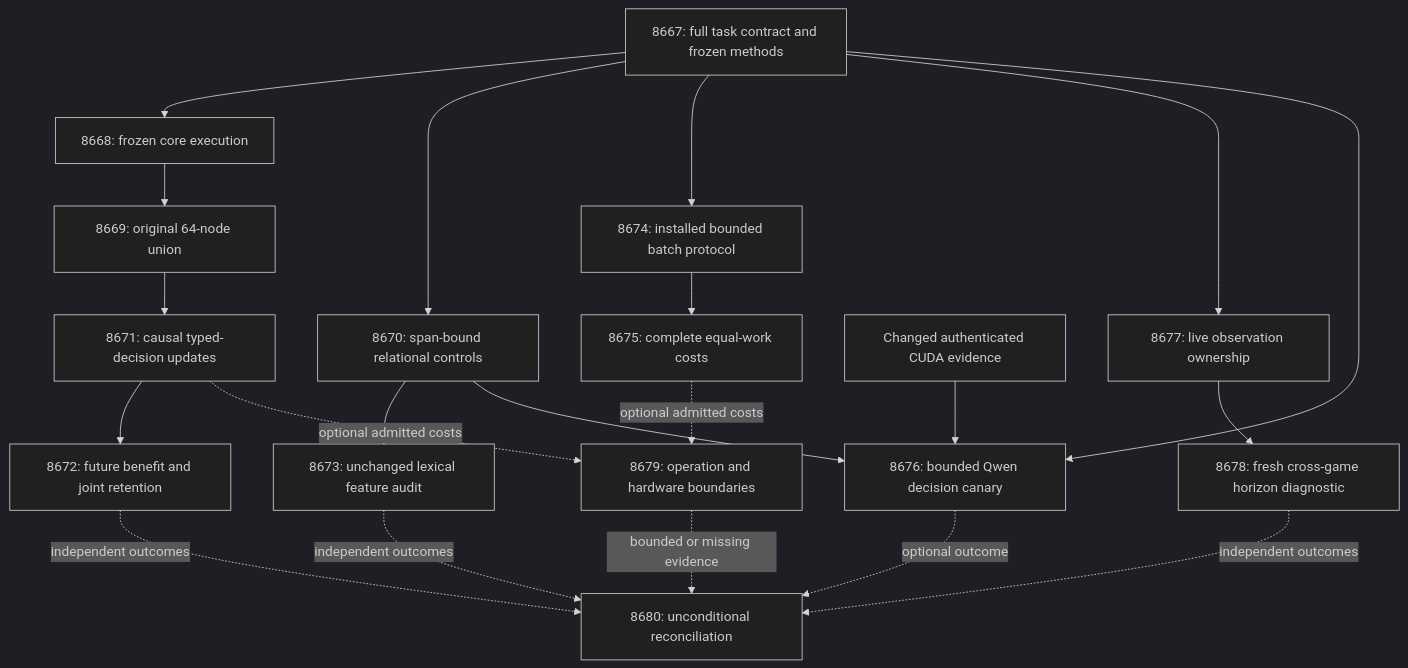
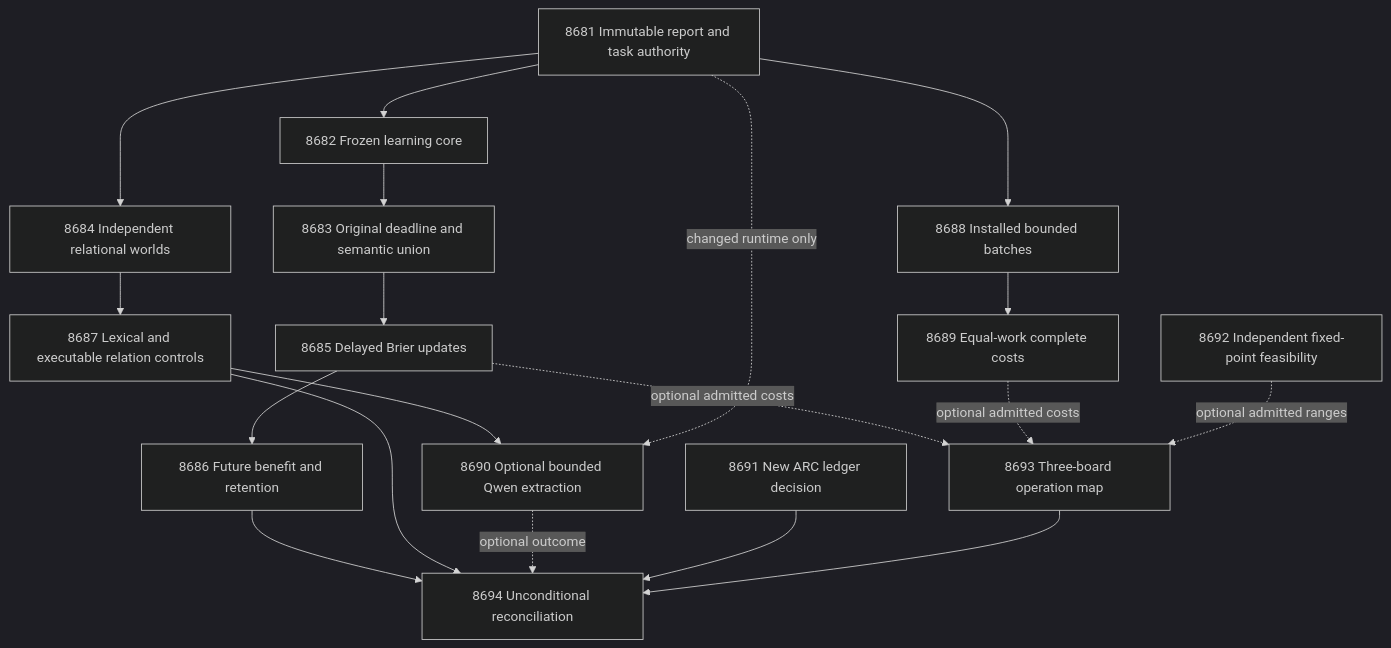
Before and after one commit to Carnot-EBM/carnot-ebm: the diagram in openspec/change-proposals/research-roadmap-vNEXT.md, drawn with Mermaid (dark theme). The commit also changed other lines of this file and 18 other files, not shown here.

````diff
--- a/openspec/change-proposals/research-roadmap-vNEXT.md
+++ b/openspec/change-proposals/research-roadmap-vNEXT.md
@@ -60,32 +84,29 @@
 ```mermaid
 flowchart TD
-    Contract[8667: full task contract and frozen methods]
-    Core[8668: frozen core execution]
-    Union[8669: original 64-node union]
-    Stream[8671: causal typed-decision updates]
-    Audit[8672: future benefit and joint retention]
-    Corpus[8670: span-bound relational controls]
-    Features[8673: unchanged lexical feature audit]
-    Batch[8674: installed bounded batch protocol]
-    Cost[8675: complete equal-work costs]
-    Runtime[Changed authenticated CUDA evidence]
-    Canary[8676: bounded Qwen decision canary]
-    Owner[8677: live observation ownership]
-    ARC[8678: fresh cross-game horizon diagnostic]
-    HW[8679: operation and hardware boundaries]
-    Close[8680: unconditional reconciliation]
-    Contract --> Core --> Union --> Stream --> Audit
-    Contract --> Corpus --> Features
-    Contract --> Batch --> Cost
-    Contract --> Owner --> ARC
-    Runtime --> Canary
-    Contract --> Canary
-    Corpus --> Canary
-    Stream -. optional admitted costs .-> HW
-    Cost -. optional admitted costs .-> HW
-    Audit -. independent outcomes .-> Close
-    Features -. independent outcomes .-> Close
-    Canary -. optional outcome .-> Close
-    ARC -. independent outcomes .-> Close
-    HW -. bounded or missing evidence .-> Close
+    A[8681 Immutable report and task authority]
+    B[8682 Frozen learning core]
+    C[8683 Original deadline and semantic union]
+    D[8685 Delayed Brier updates]
+    E[8686 Future benefit and retention]
+    F[8684 Independent relational worlds]
+    G[8687 Lexical and executable relation controls]
+    H[8690 Optional bounded Qwen extraction]
+    I[8688 Installed bounded batches]
+    J[8689 Equal-work complete costs]
+    K[8691 New ARC ledger decision]
+    L[8692 Independent fixed-point feasibility]
+    M[8693 Three-board operation map]
+    N[8694 Unconditional reconciliation]
+    A --> B --> C --> D --> E
+    A --> F --> G --> H
+    A --> I --> J
+    A -. changed runtime only .-> H
+    D -. optional admitted costs .-> M
+    J -. optional admitted costs .-> M
+    L -. optional admitted ranges .-> M
+    E --> N
+    G --> N
+    H -. optional outcome .-> N
+    K --> N
+    M --> N
 ```
````
